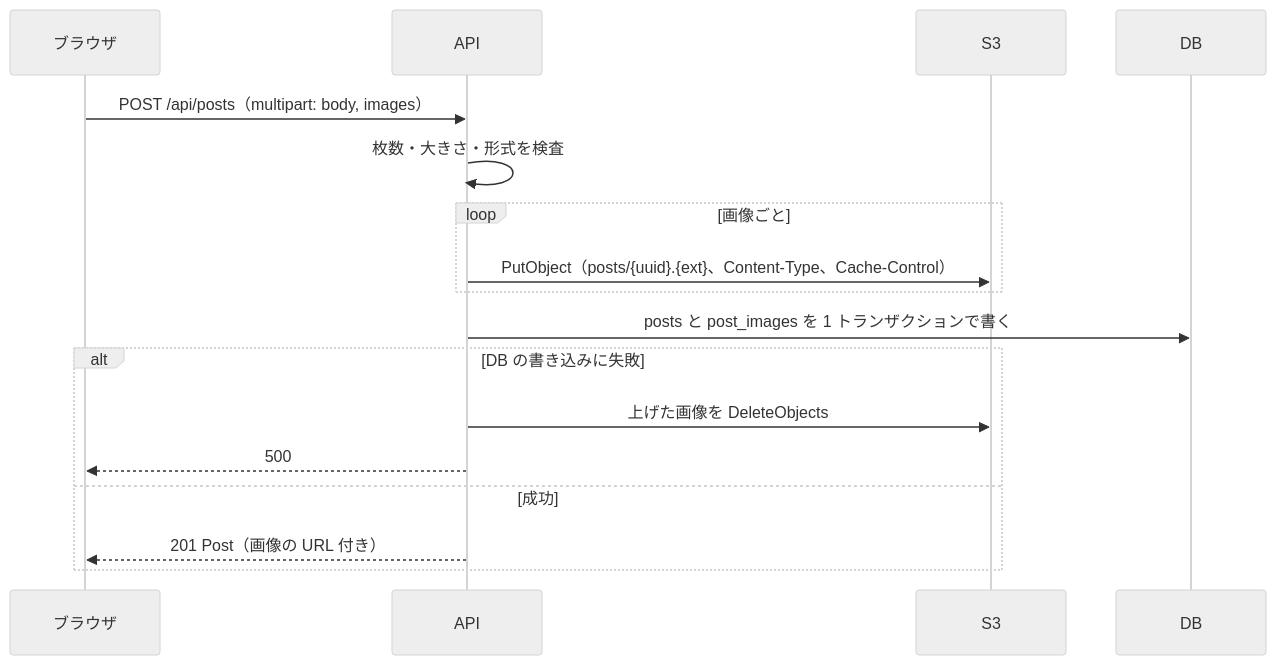
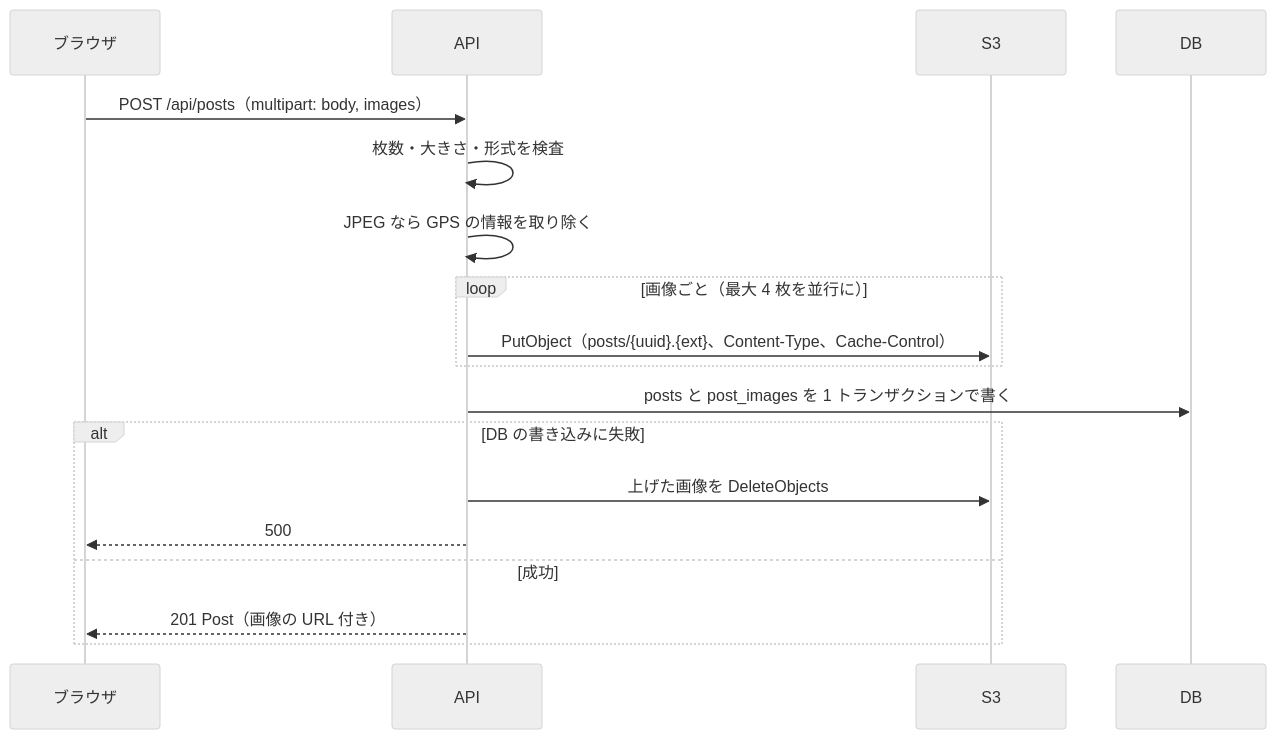
The diagram in docs/image-storage-design.md (tk-media-code/raise-timeline), drawn with Mermaid (neutral theme) before and after one commit. The commit also changed other lines of this file and 16 other files, not shown here.

````diff
--- a/docs/image-storage-design.md
+++ b/docs/image-storage-design.md
@@ -83,19 +86,20 @@
 ```mermaid
 sequenceDiagram
     participant B as ブラウザ
     participant A as API
     participant S3
     participant DB
     B->>A: POST /api/posts（multipart: body, images）
     A->>A: 枚数・大きさ・形式を検査
-    loop 画像ごと
+    A->>A: JPEG なら GPS の情報を取り除く
+    loop 画像ごと（最大 4 枚を並行に）
         A->>S3: PutObject（posts/{uuid}.{ext}、Content-Type、Cache-Control）
     end
     A->>DB: posts と post_images を 1 トランザクションで書く
     alt DB の書き込みに失敗
         A->>S3: 上げた画像を DeleteObjects
         A-->>B: 500
     else 成功
         A-->>B: 201 Post（画像の URL 付き）
     end
 ```
````
